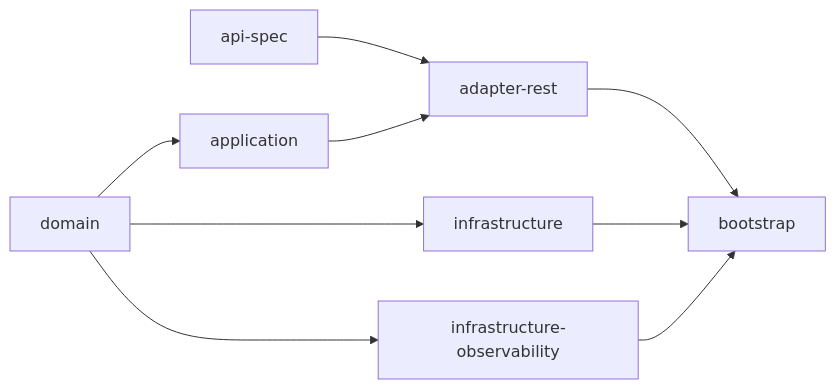
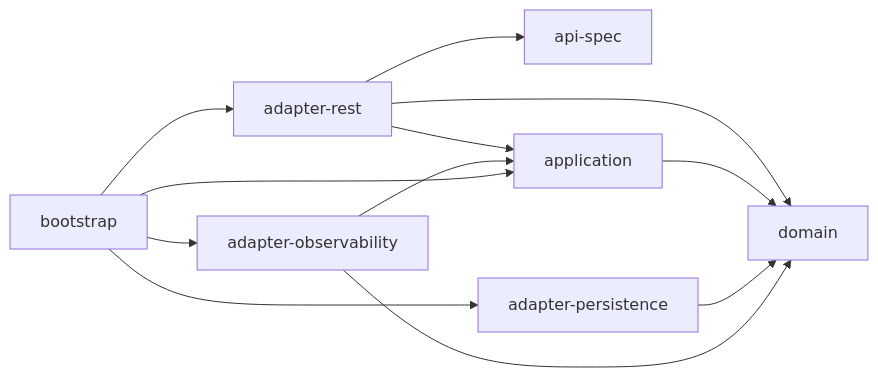
The first of 3 diagrams in README.md (JuanPabloJimenezEsclusa/product-sorter), drawn with Mermaid before and after one commit. The commit also changed other lines of this file and 181 other files, not shown here.

````diff
--- a/README.md
+++ b/README.md
@@ -53,8 +53,8 @@
 ```mermaid
 flowchart LR
-    api-spec --> adapter-rest
-    domain --> application --> adapter-rest
-    domain --> infrastructure
-    domain --> infrastructure-observability
-    adapter-rest & infrastructure & infrastructure-observability --> bootstrap
+    adapter-rest --> api-spec & application & domain
+    application --> domain
+    adapter-persistence --> domain
+    adapter-observability --> application & domain
+    bootstrap --> adapter-rest & application & adapter-persistence & adapter-observability
 ```
````
